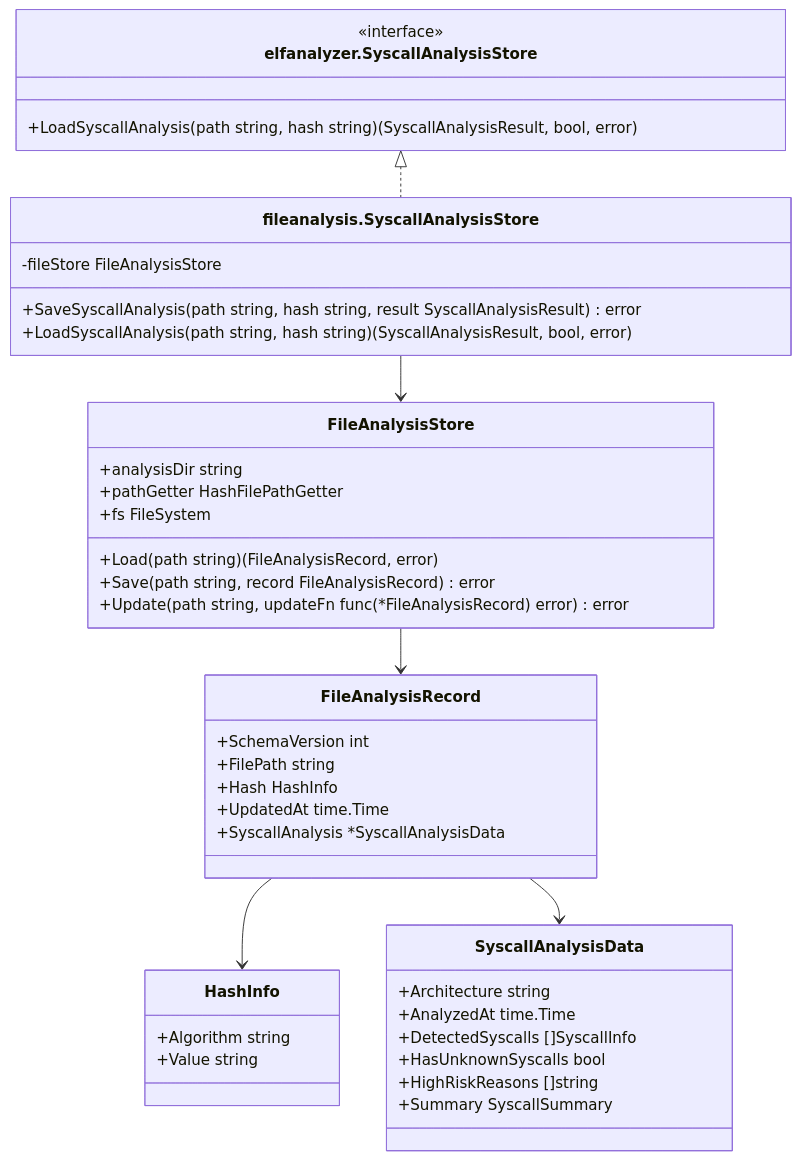
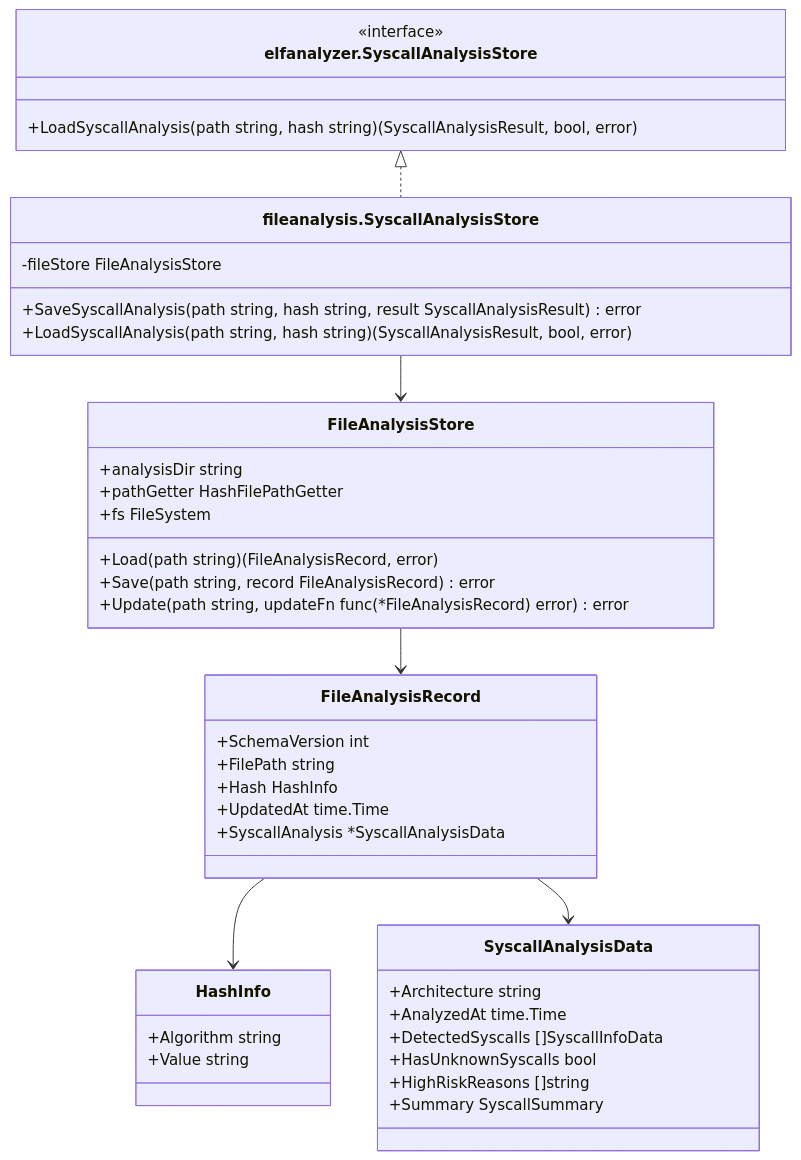
Diagram 11 of 18 in docs/tasks/0070_elf_syscall_analysis/02_architecture.md (isseis/go-safe-cmd-runner), drawn with Mermaid before and after one commit.

````diff
--- a/docs/tasks/0070_elf_syscall_analysis/02_architecture.md
+++ b/docs/tasks/0070_elf_syscall_analysis/02_architecture.md
@@ -388,50 +388,50 @@
 ```mermaid
 classDiagram
     class elfanalyzer.SyscallAnalysisStore {
         <<interface>>
         +LoadSyscallAnalysis(path string, hash string) (SyscallAnalysisResult, bool, error)
     }
 
     class fileanalysis.SyscallAnalysisStore {
         -fileStore FileAnalysisStore
         +SaveSyscallAnalysis(path string, hash string, result SyscallAnalysisResult) error
         +LoadSyscallAnalysis(path string, hash string) (SyscallAnalysisResult, bool, error)
     }
 
     class FileAnalysisStore {
         +analysisDir string
         +pathGetter HashFilePathGetter
         +fs FileSystem
         +Load(path string) (FileAnalysisRecord, error)
         +Save(path string, record FileAnalysisRecord) error
         +Update(path string, updateFn func(*FileAnalysisRecord) error) error
     }
 
     class FileAnalysisRecord {
         +SchemaVersion int
         +FilePath string
         +Hash HashInfo
         +UpdatedAt time.Time
         +SyscallAnalysis *SyscallAnalysisData
     }
 
     class HashInfo {
         +Algorithm string
         +Value string
     }
 
     class SyscallAnalysisData {
         +Architecture string
         +AnalyzedAt time.Time
-        +DetectedSyscalls []SyscallInfo
+        +DetectedSyscalls []SyscallInfoData
         +HasUnknownSyscalls bool
         +HighRiskReasons []string
         +Summary SyscallSummary
     }
 
     elfanalyzer.SyscallAnalysisStore <|.. fileanalysis.SyscallAnalysisStore
     fileanalysis.SyscallAnalysisStore --> FileAnalysisStore
     FileAnalysisStore --> FileAnalysisRecord
     FileAnalysisRecord --> HashInfo
     FileAnalysisRecord --> SyscallAnalysisData
 ```
````
